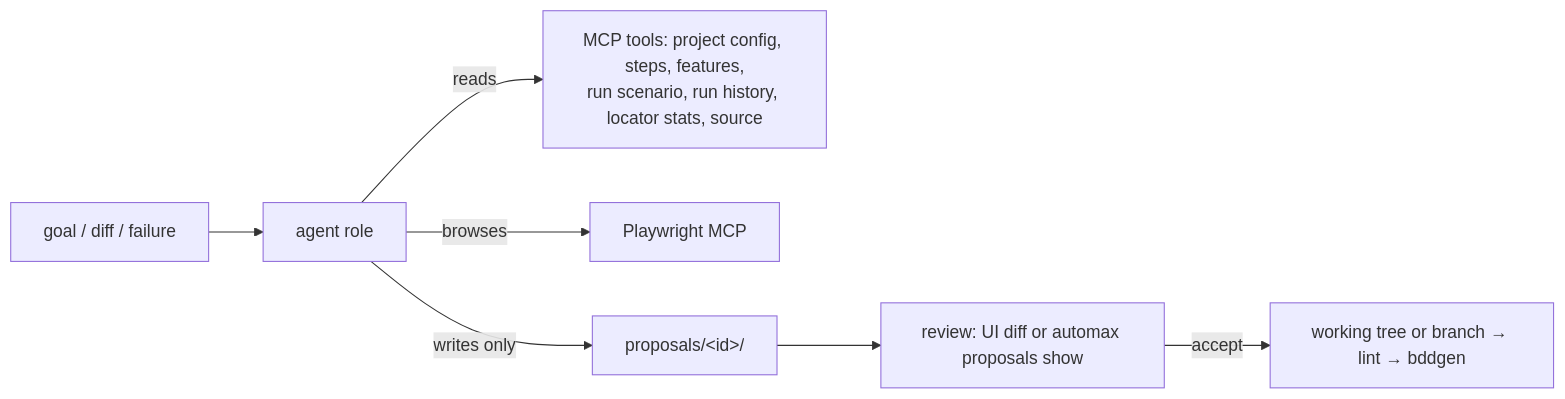
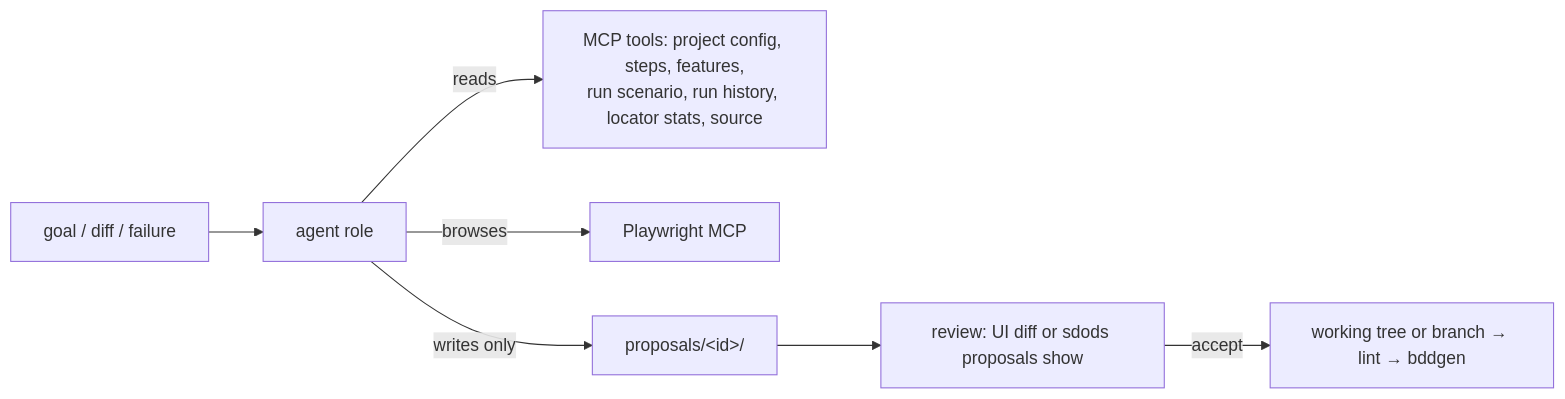
One commit to YarlisAISolutions/SDODS changed the diagram in apps/docs/content/docs/guides/agents.mdx. Above: the diagram before and after it, drawn with Mermaid. The commit also changed other lines of this file and 466 other files, not shown here.

````diff
--- a/apps/docs/content/docs/guides/agents.mdx
+++ b/apps/docs/content/docs/guides/agents.mdx
@@ -21,9 +21,9 @@
 ```mermaid
 flowchart LR
   G["goal / diff / failure"] --> A["agent role"]
   A -->|reads| T["MCP tools: project config, steps, features,<br/>run scenario, run history, locator stats, source"]
   A -->|browses| PW["Playwright MCP"]
   A -->|writes only| P["proposals/&lt;id&gt;/"]
-  P --> R["review: UI diff or automax proposals show"]
+  P --> R["review: UI diff or sdods proposals show"]
   R -->|accept| W["working tree or branch → lint → bddgen"]
 ```
````
